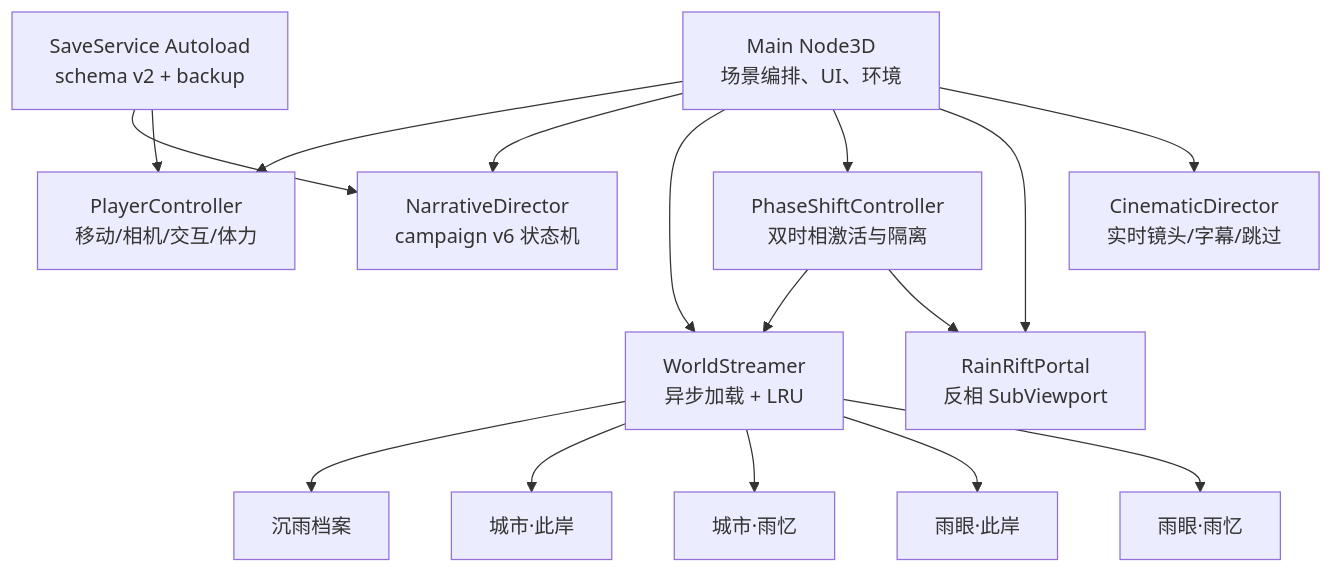
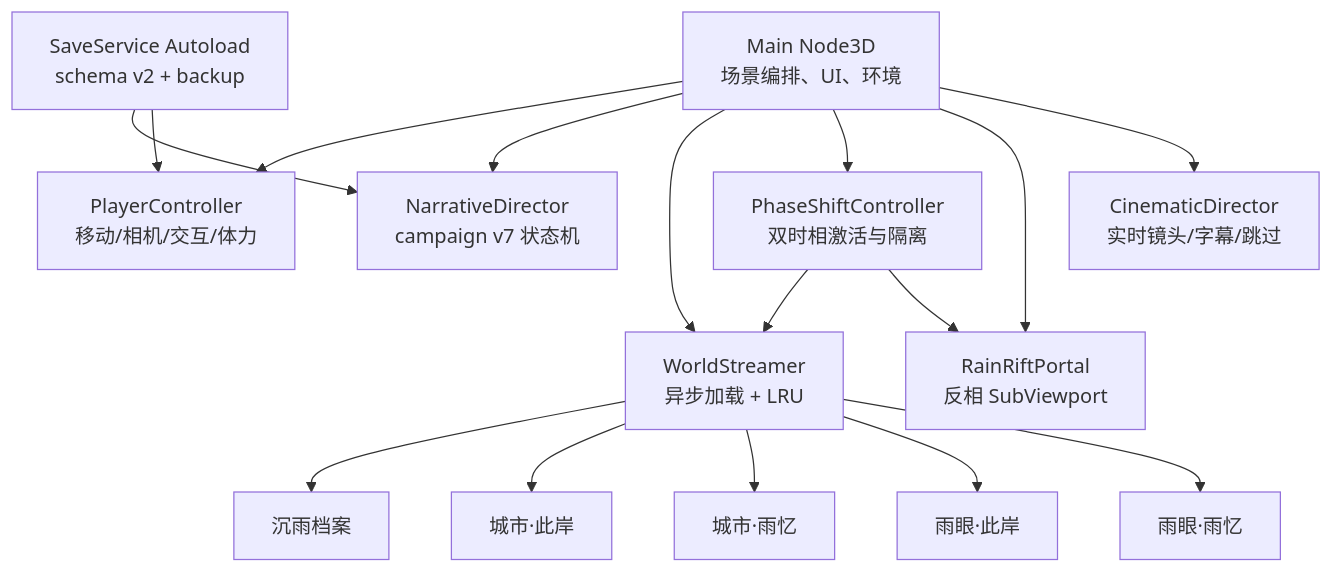
One commit to ckdavid233/luminous-grove changed the diagram in TECHNICAL_DESIGN.md. Above: the diagram before and after it, drawn with Mermaid. The commit also changed 19 other files, not shown here.

Commit message:
fix: polish player forest and archive puzzle flow

````diff
--- a/TECHNICAL_DESIGN.md
+++ b/TECHNICAL_DESIGN.md
@@ -14,18 +14,18 @@
 ```mermaid
 flowchart TD
     Main["Main Node3D\n场景编排、UI、环境"] --> Player["PlayerController\n移动/相机/交互/体力"]
-    Main --> Narrative["NarrativeDirector\ncampaign v6 状态机"]
+    Main --> Narrative["NarrativeDirector\ncampaign v7 状态机"]
     Main --> Streamer["WorldStreamer\n异步加载 + LRU"]
     Main --> Phase["PhaseShiftController\n双时相激活与隔离"]
     Main --> Portal["RainRiftPortal\n反相 SubViewport"]
     Main --> Cinematic["CinematicDirector\n实时镜头/字幕/跳过"]
     Save["SaveService Autoload\nschema v2 + backup"] --> Narrative
     Save --> Player
     Streamer --> Echo["沉雨档案"]
     Streamer --> CityP["城市·此岸"]
     Streamer --> CityE["城市·雨忆"]
     Streamer --> EyeP["雨眼·此岸"]
     Streamer --> EyeE["雨眼·雨忆"]
     Phase --> Streamer
     Phase --> Portal
 ```
````
